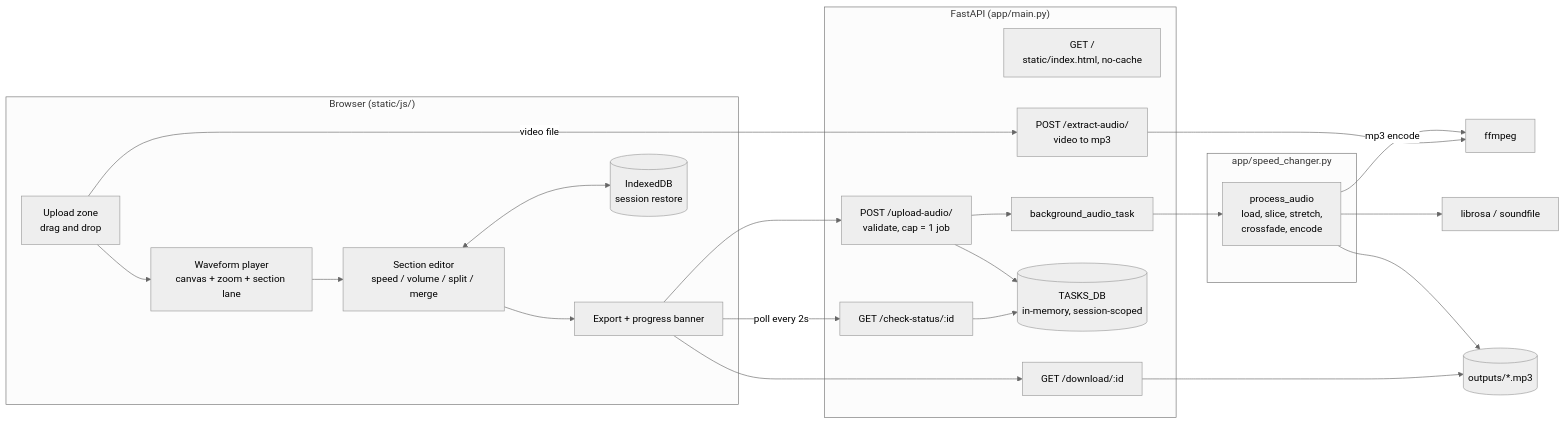
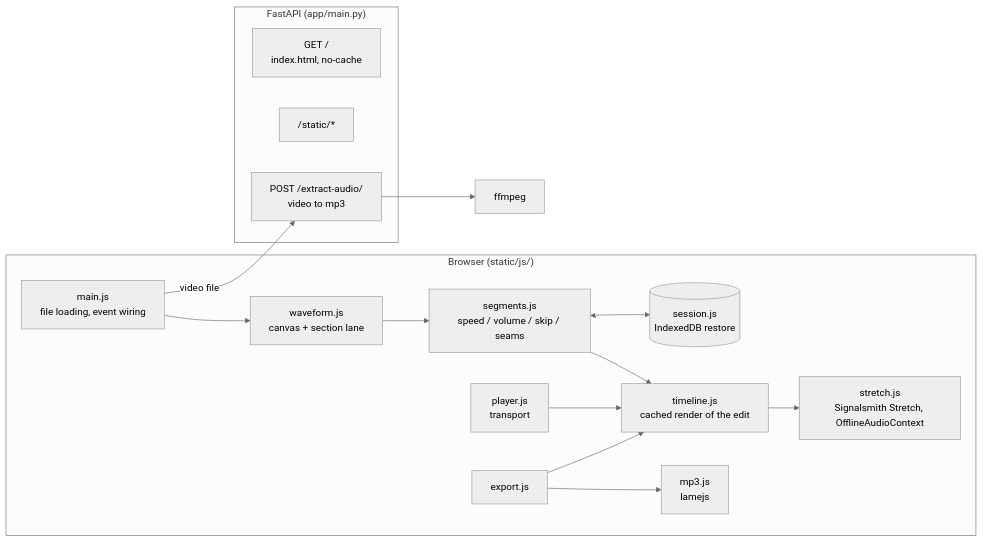
Before and after one commit to JingyiEureka/musiclab: the diagram in ARCHITECTURE.md, drawn with Mermaid (neutral theme). The commit also changed other lines of this file and 14 other files, not shown here.

````diff
--- a/ARCHITECTURE.md
+++ b/ARCHITECTURE.md
@@ -9,40 +10,30 @@
 ```mermaid
 flowchart LR
     subgraph Browser["Browser (static/js/)"]
-        UP[Upload zone<br/>drag and drop]
-        WF[Waveform player<br/>canvas + zoom + section lane]
-        SEG[Section editor<br/>speed / volume / split / merge]
-        EXP[Export + progress banner]
-        IDB[(IndexedDB<br/>session restore)]
+        MAIN[main.js<br/>file loading, event wiring]
+        WF[waveform.js<br/>canvas + section lane]
+        SEG[segments.js<br/>speed / volume / skip / seams]
+        TL[timeline.js<br/>cached render of the edit]
+        ST[stretch.js<br/>Signalsmith Stretch, OfflineAudioContext]
+        PL[player.js<br/>transport]
+        EXP[export.js]
+        MP3[mp3.js<br/>lamejs]
+        IDB[(session.js<br/>IndexedDB restore)]
     end
 
     subgraph Server["FastAPI (app/main.py)"]
-        IDX["GET /<br/>static/index.html, no-cache"]
-        UPL["POST /upload-audio/<br/>validate, cap = 1 job"]
+        IDX["GET /<br/>index.html, no-cache"]
+        STA["/static/*"]
         EXT["POST /extract-audio/<br/>video to mp3"]
-        ST["GET /check-status/:id"]
-        DL["GET /download/:id"]
-        DB[(TASKS_DB<br/>in-memory, session-scoped)]
-        BG[background_audio_task]
-    end
-
-    subgraph Core["app/speed_changer.py"]
-        PA["process_audio<br/>load, slice, stretch,<br/>crossfade, encode"]
     end
 
     FF[ffmpeg]
-    LB[librosa / soundfile]
-    OUT[(outputs/*.mp3)]
 
-    UP -->|video file| EXT
-    UP --> WF --> SEG --> EXP
+    MAIN -->|video file| EXT --> FF
+    MAIN --> WF --> SEG
     SEG <--> IDB
-    EXP --> UPL --> DB
-    UPL --> BG --> PA
-    PA --> LB
-    PA -->|mp3 encode| FF
-    EXT --> FF
-    PA --> OUT
-    EXP -->|poll every 2s| ST --> DB
-    EXP --> DL --> OUT
+    SEG --> TL --> ST
+    PL --> TL
+    EXP --> TL
+    EXP --> MP3
 ```
````
